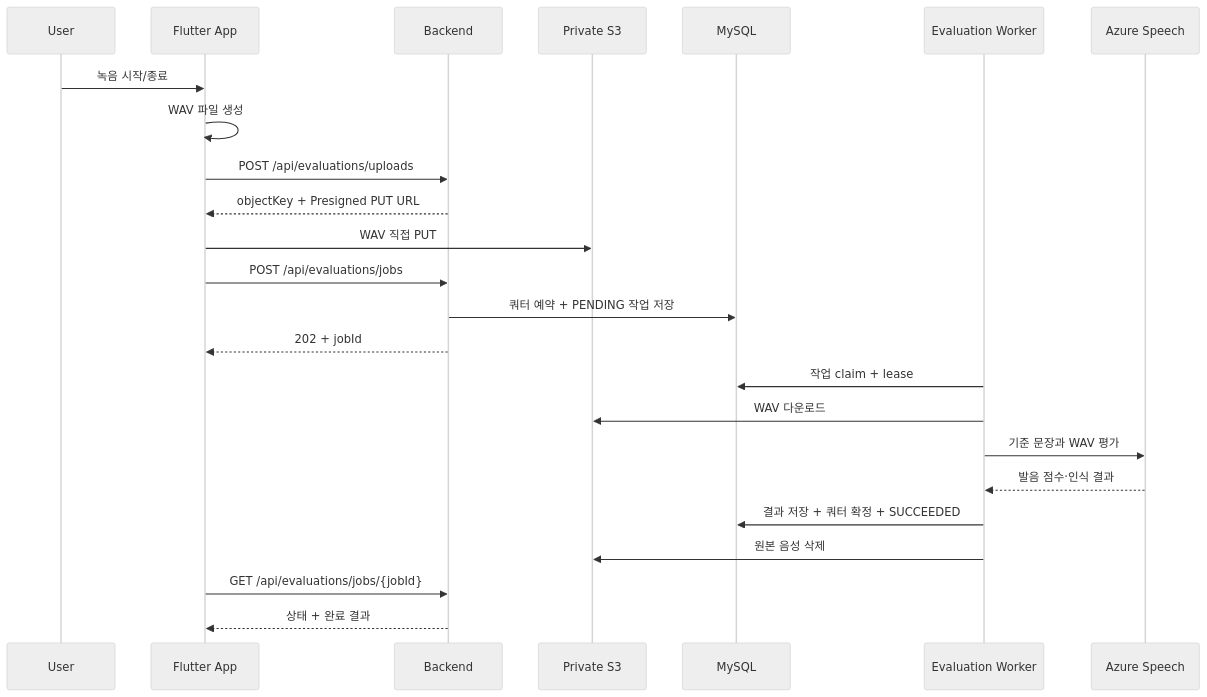
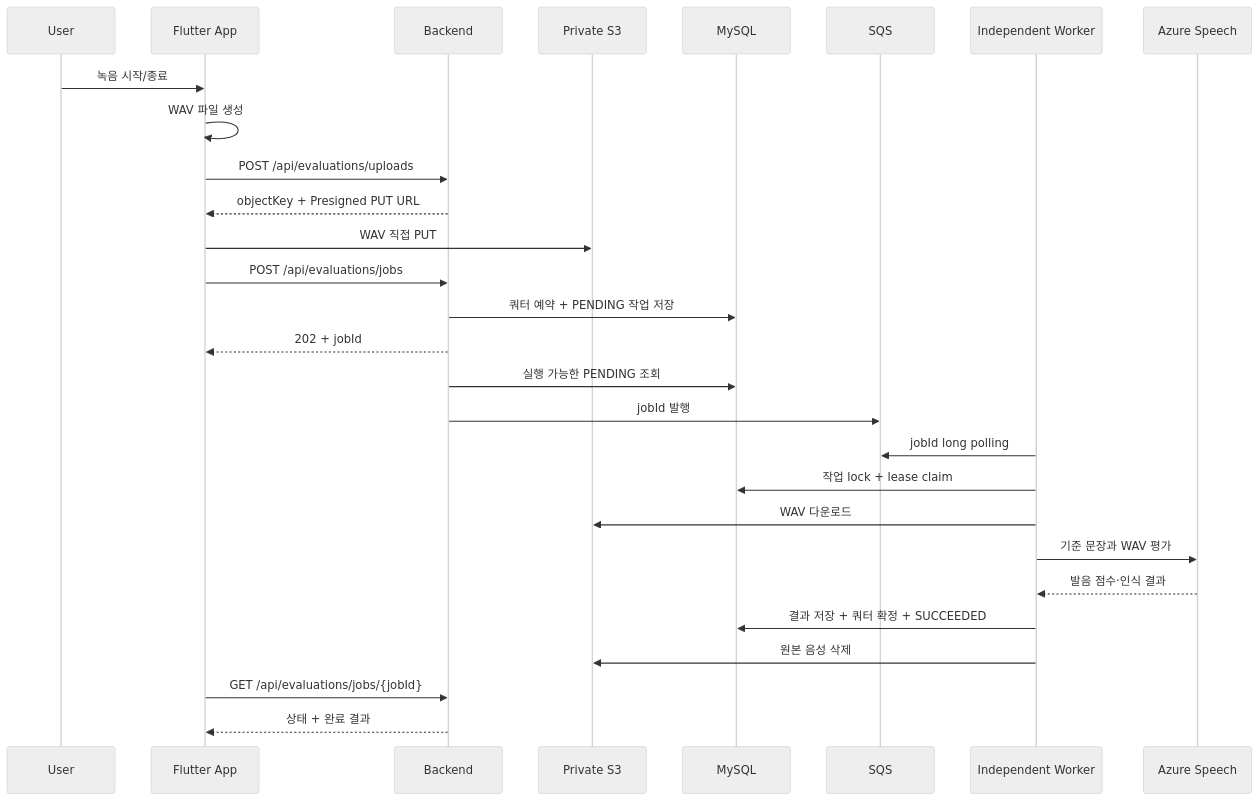
Before and after one commit to byeok99/LingKo: the second of 2 diagrams in docs/architecture/evaluation-flow.md, drawn with Mermaid (neutral theme). The commit also changed other lines of this file and 54 other files, not shown here.

Commit message:
feat: add SQS evaluation workers

````diff
--- a/docs/architecture/evaluation-flow.md
+++ b/docs/architecture/evaluation-flow.md
@@ -27,27 +27,31 @@
 ```mermaid
 sequenceDiagram
     participant U as User
     participant A as Flutter App
     participant B as Backend
     participant S as Private S3
     participant D as MySQL
-    participant W as Evaluation Worker
+    participant Q as SQS
+    participant W as Independent Worker
     participant Z as Azure Speech
 
     U->>A: 녹음 시작/종료
     A->>A: WAV 파일 생성
     A->>B: POST /api/evaluations/uploads
     B-->>A: objectKey + Presigned PUT URL
     A->>S: WAV 직접 PUT
     A->>B: POST /api/evaluations/jobs
     B->>D: 쿼터 예약 + PENDING 작업 저장
     B-->>A: 202 + jobId
-    W->>D: 작업 claim + lease
+    B->>D: 실행 가능한 PENDING 조회
+    B->>Q: jobId 발행
+    W->>Q: jobId long polling
+    W->>D: 작업 lock + lease claim
     W->>S: WAV 다운로드
     W->>Z: 기준 문장과 WAV 평가
     Z-->>W: 발음 점수·인식 결과
     W->>D: 결과 저장 + 쿼터 확정 + SUCCEEDED
     W->>S: 원본 음성 삭제
     A->>B: GET /api/evaluations/jobs/{jobId}
     B-->>A: 상태 + 완료 결과
 ```
````
